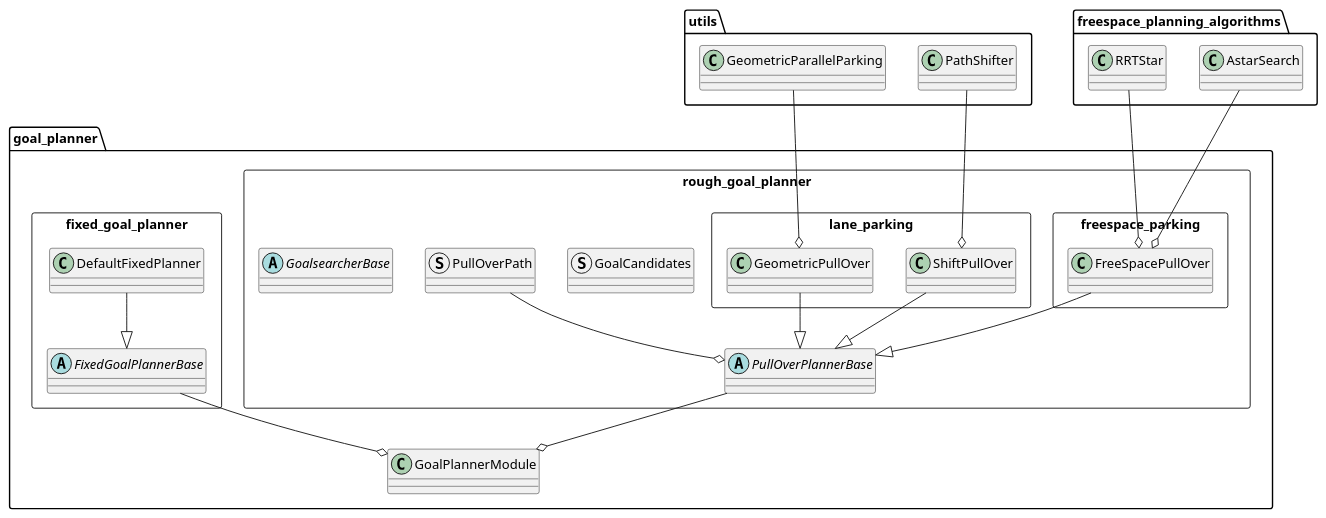
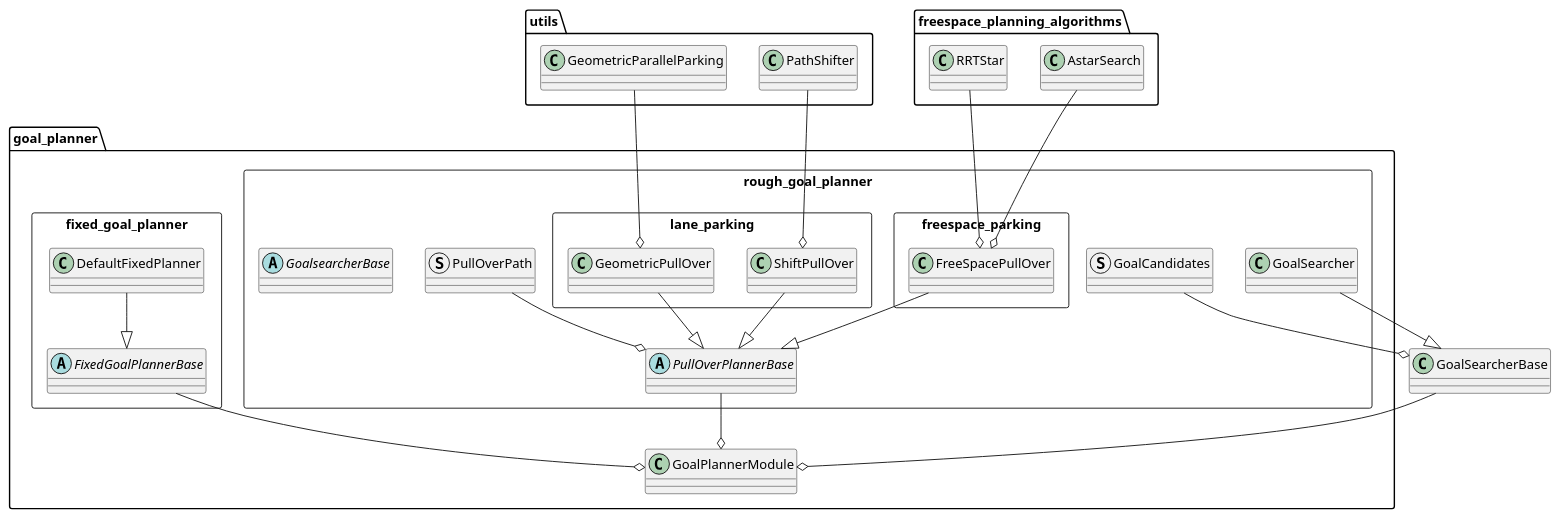
Before and after one commit to autowarefoundation/autoware.universe: the diagram in planning/behavior_path_planner/autoware_behavior_path_goal_planner_module/README.md, drawn with PlantUML. The commit also changed other lines of this file, not shown here.

Commit message:
fix plantuml

````diff
--- a/planning/behavior_path_planner/autoware_behavior_path_goal_planner_module/README.md
+++ b/planning/behavior_path_planner/autoware_behavior_path_goal_planner_module/README.md
@@ -13,62 +13,67 @@
 ```plantuml
 @startuml
 package goal_planner{
 
     class GoalPlannerModule {}
 
     package rough_goal_planner <<Rectangle>>{
 
         package lane_parking <<Rectangle>>{
             class ShiftPullOver {}
             class GeometricPullOver {}
         }
 
         package freespace_parking <<Rectangle>>{
             class FreeSpacePullOver {}
         }
+
+        class GoalSearcher {}
 
         struct GoalCandidates {}
         struct PullOverPath{}
 
         abstract class PullOverPlannerBase {}
         abstract class GoalsearcherBase {}
 
     }
 
     package fixed_goal_planner <<Rectangle>>{
         abstract class FixedGoalPlannerBase {}
         class DefaultFixedPlanner{}
     }
 }
 
 
 package utils{
     class PathShifter {}
 
     class GeometricParallelParking {}
 }
 
 package freespace_planning_algorithms
  {
     class AstarSearch{}
     class RRTStar{}
 }
 
 ' goal planner
 ShiftPullOver --|> PullOverPlannerBase
 GeometricPullOver --|> PullOverPlannerBase
 FreeSpacePullOver --|> PullOverPlannerBase
+GoalSearcher --|> GoalSearcherBase
 DefaultFixedPlanner --|> FixedGoalPlannerBase
 
 PathShifter --o ShiftPullOver
 GeometricParallelParking --o GeometricPullOver
 AstarSearch --o FreeSpacePullOver
 RRTStar --o FreeSpacePullOver
 
 PullOverPlannerBase --o GoalPlannerModule
+GoalSearcherBase --o GoalPlannerModule
 FixedGoalPlannerBase --o GoalPlannerModule
 
 PullOverPath --o PullOverPlannerBase
+GoalCandidates --o GoalSearcherBase
 
 @enduml
 ```
````
